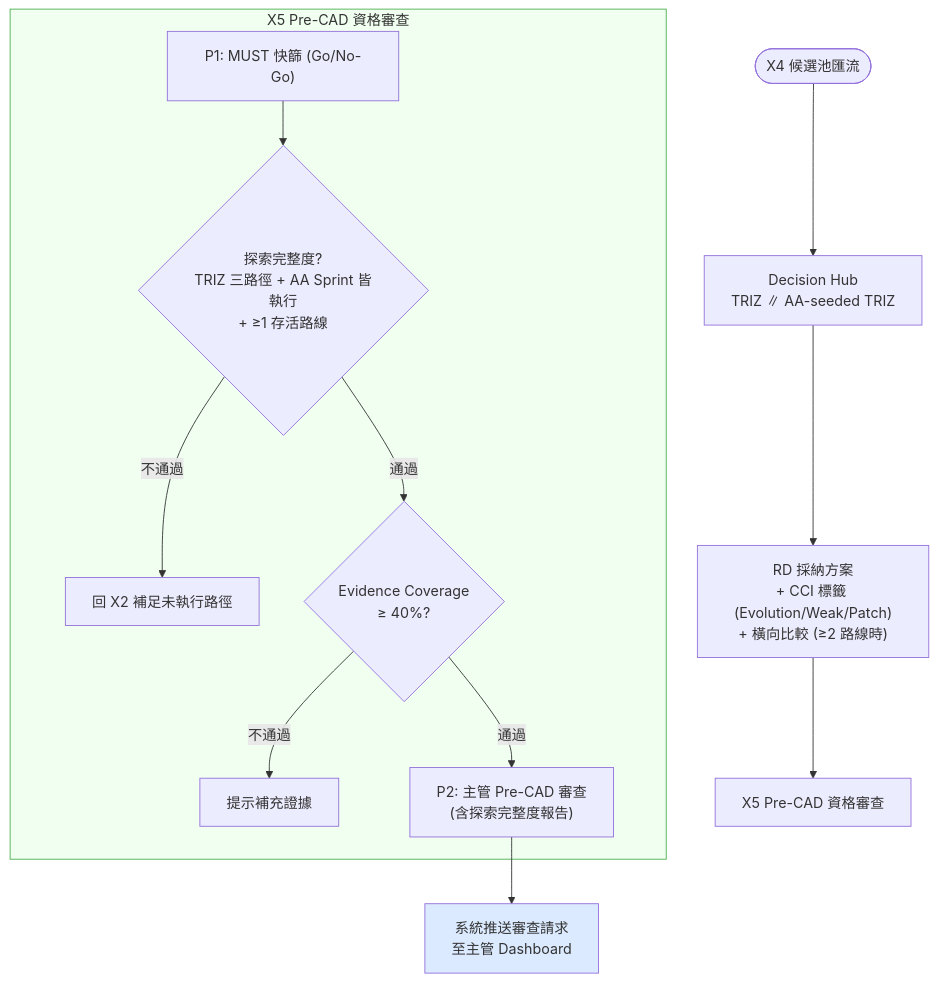
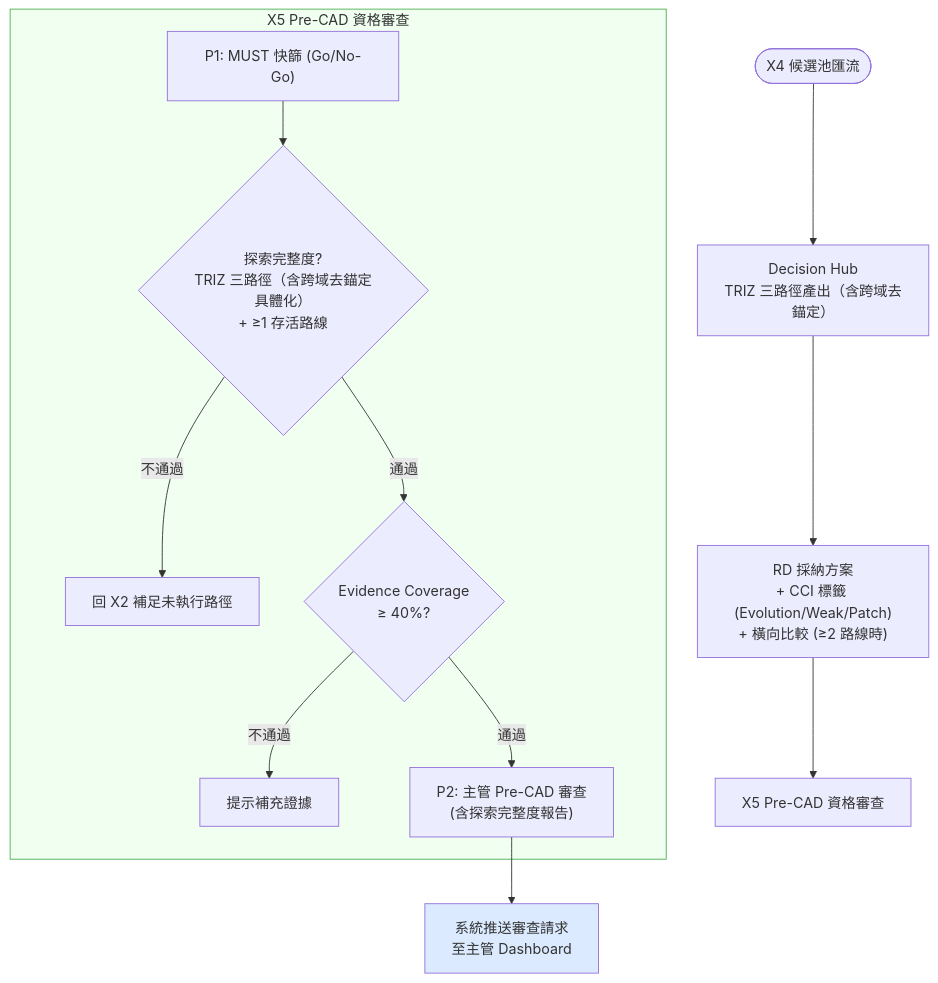
One commit to Zenobia0000/RD_copilot_system changed the fourth of 5 diagrams in docs/01-define/E3--system-interaction-flow.md. Above: the diagram before and after it, drawn with Mermaid. The commit also changed other lines of this file and 80 other files, not shown here.

````diff
--- a/docs/01-define/E3--system-interaction-flow.md
+++ b/docs/01-define/E3--system-interaction-flow.md
@@ -313,20 +307,20 @@
 ```mermaid
 flowchart TD
-    Start(["X4 候選池匯流"]) --> Hub["Decision Hub<br/>TRIZ ∥ AA-seeded TRIZ"]
+    Start(["X4 候選池匯流"]) --> Hub["Decision Hub<br/>TRIZ 三路徑產出（含跨域去錨定）"]
     Hub --> Adopt["RD 採納方案<br/>+ CCI 標籤 (Evolution/Weak/Patch)<br/>+ 橫向比較 (≥2 路線時)"]
 
     Adopt --> X5["X5 Pre-CAD 資格審查"]
 
     subgraph X5sub ["X5 Pre-CAD 資格審查"]
-        MUST["P1: MUST 快篩 (Go/No-Go)"] --> ExploreCheck{"探索完整度?<br/>TRIZ 三路徑 + AA Sprint 皆執行<br/>+ ≥1 存活路線"}
+        MUST["P1: MUST 快篩 (Go/No-Go)"] --> ExploreCheck{"探索完整度?<br/>TRIZ 三路徑（含跨域去錨定具體化）<br/>+ ≥1 存活路線"}
     ExploreCheck -->|不通過| Back["回 X2 補足未執行路徑"]
     ExploreCheck -->|通過| EvCheck{"Evidence Coverage<br/>≥ 40%?"}
     EvCheck -->|不通過| BackEv["提示補充證據"]
     EvCheck -->|通過| GateP["P2: 主管 Pre-CAD 審查<br/>(含探索完整度報告)"]
     end
 
     GateP --> Notify["系統推送審查請求<br/>至主管 Dashboard"]
 
     style Notify fill:#DBEAFE
     style X5sub fill:#F0FFF0,stroke:#4CAF50
 ```
````
